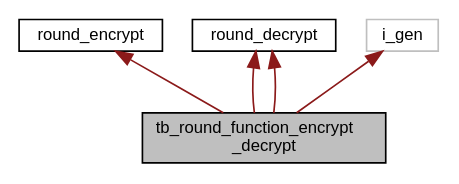
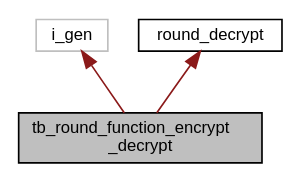
The diagram in db/d21/enumtb__round__function__encrypt__decrypt__coll__graph.dot (FlorianFrank/SPECK_Cipher_Verilog), drawn with Graphviz before and after one commit. The commit also changed 161 other files, not shown here.

```diff
--- a/db/d21/enumtb__round__function__encrypt__decrypt__coll__graph.dot
+++ b/db/d21/enumtb__round__function__encrypt__decrypt__coll__graph.dot
@@ -1,14 +1,11 @@
 digraph "tb_round_function_encrypt_decrypt"
 {
  // INTERACTIVE_SVG=YES
   edge [fontname="Helvetica",fontsize="10",labelfontname="Helvetica",labelfontsize="10"];
   node [fontname="Helvetica",fontsize="10",shape=record];
-  Node4 [label="tb_round_function_encrypt\l_decrypt",height=0.2,width=0.4,color="black", fillcolor="grey75", style="filled", fontcolor="black"];
-  Node5 -> Node4 [dir="back",color="firebrick4",fontsize="10",style="solid",fontname="Helvetica"];
-  Node5 [label="round_encrypt",height=0.2,width=0.4,color="black", fillcolor="white", style="filled",URL="$d8/d2b/enumround__encrypt.html"];
-  Node6 -> Node4 [dir="back",color="firebrick4",fontsize="10",style="solid",fontname="Helvetica"];
-  Node6 [label="round_decrypt",height=0.2,width=0.4,color="black", fillcolor="white", style="filled",URL="$d9/d37/enumround__decrypt.html"];
-  Node7 -> Node4 [dir="back",color="firebrick4",fontsize="10",style="solid",fontname="Helvetica"];
-  Node7 [label="i_gen",height=0.2,width=0.4,color="grey75", fillcolor="white", style="filled"];
-  Node6 -> Node4 [dir="back",color="firebrick4",fontsize="10",style="solid",fontname="Helvetica"];
+  Node3 [label="tb_round_function_encrypt\l_decrypt",height=0.2,width=0.4,color="black", fillcolor="grey75", style="filled", fontcolor="black"];
+  Node4 -> Node3 [dir="back",color="firebrick4",fontsize="10",style="solid",fontname="Helvetica"];
+  Node4 [label="i_gen",height=0.2,width=0.4,color="grey75", fillcolor="white", style="filled"];
+  Node5 -> Node3 [dir="back",color="firebrick4",fontsize="10",style="solid",fontname="Helvetica"];
+  Node5 [label="round_decrypt",height=0.2,width=0.4,color="black", fillcolor="white", style="filled",URL="$d9/d37/enumround__decrypt.html"];
 }
```
